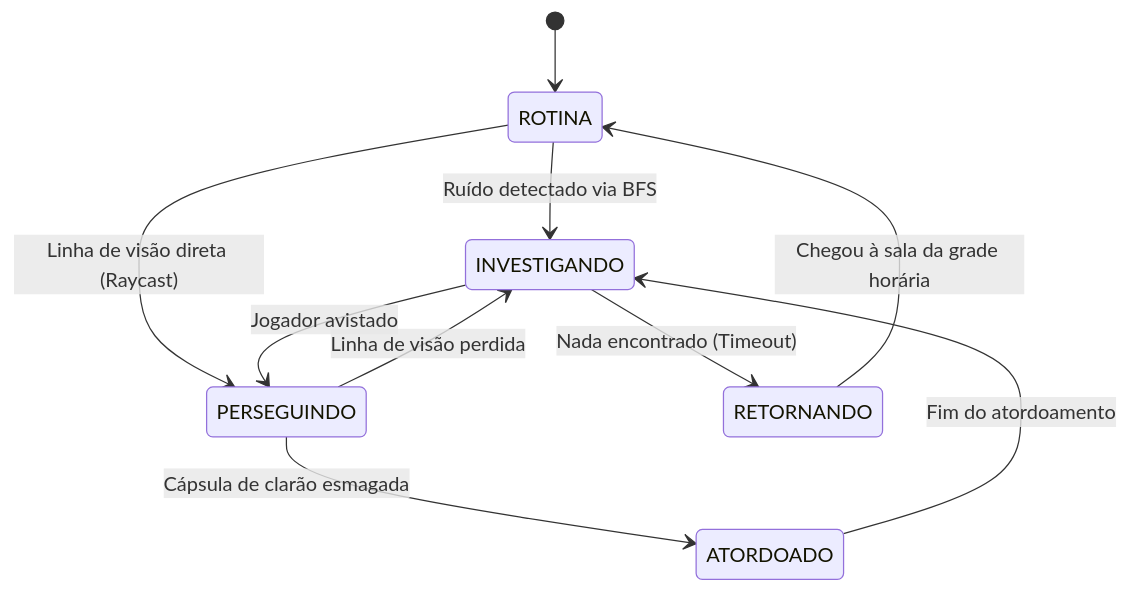
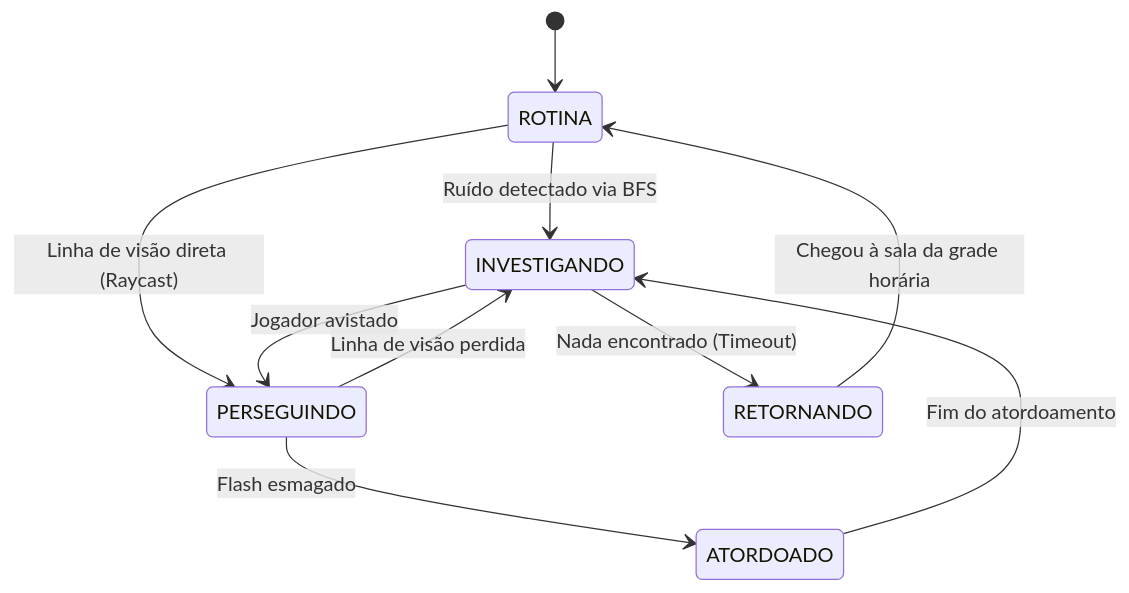
One commit to DaviiMiranda/Ankhor changed the first of 3 diagrams in docs/computacao/ia_e_perseguicao.md. Above: the diagram before and after it, drawn with Mermaid. The commit also changed other lines of this file and 65 other files, not shown here.

Commit message:
feat: Zane jogável com corrida própria, kit, estamina maior, sem ansiedade e hack à distância; cápsula de clarão vira Flash

````diff
--- a/docs/computacao/ia_e_perseguicao.md
+++ b/docs/computacao/ia_e_perseguicao.md
@@ -45,12 +45,12 @@
 ```mermaid
 stateDiagram-v2
     [*] --> ROTINA
     ROTINA --> INVESTIGANDO: Ruído detectado via BFS
     ROTINA --> PERSEGUINDO: Linha de visão direta (Raycast)
     INVESTIGANDO --> PERSEGUINDO: Jogador avistado
     INVESTIGANDO --> RETORNANDO: Nada encontrado (Timeout)
-    PERSEGUINDO --> ATORDOADO: Cápsula de clarão esmagada
+    PERSEGUINDO --> ATORDOADO: Flash esmagado
     PERSEGUINDO --> INVESTIGANDO: Linha de visão perdida
     ATORDOADO --> INVESTIGANDO: Fim do atordoamento
     RETORNANDO --> ROTINA: Chegou à sala da grade horária
 ```
````
